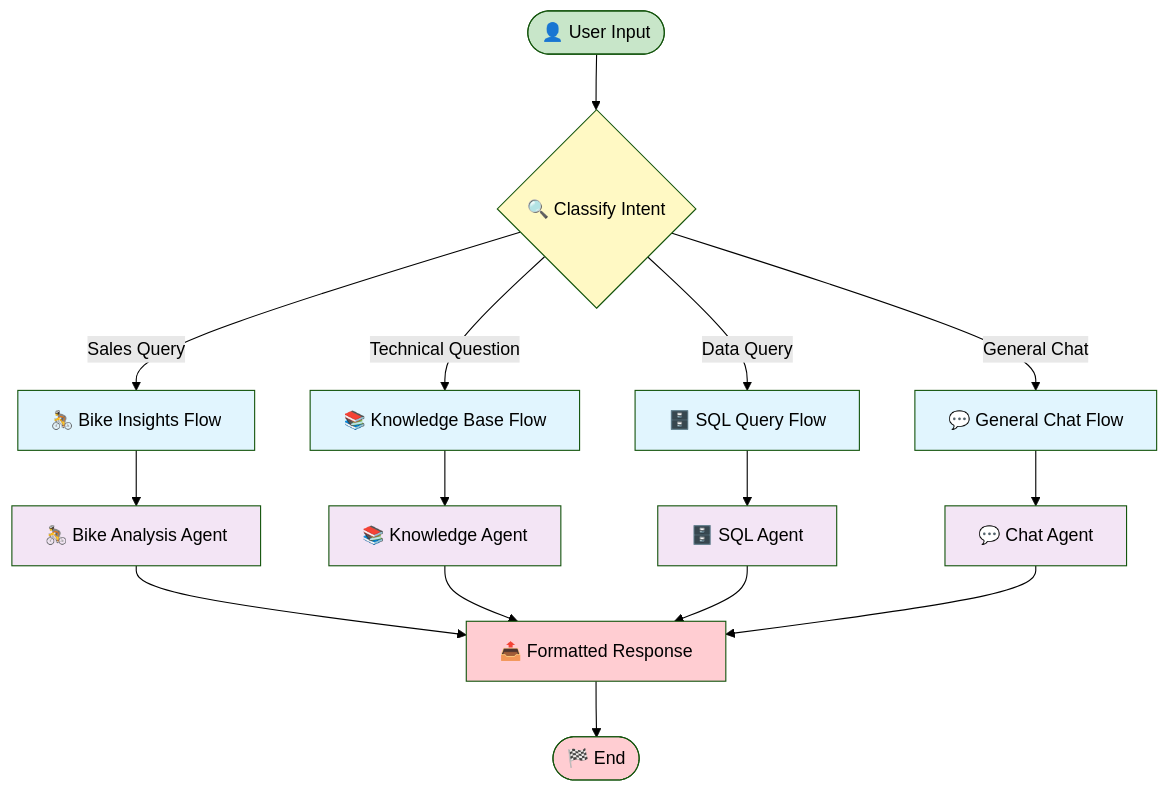
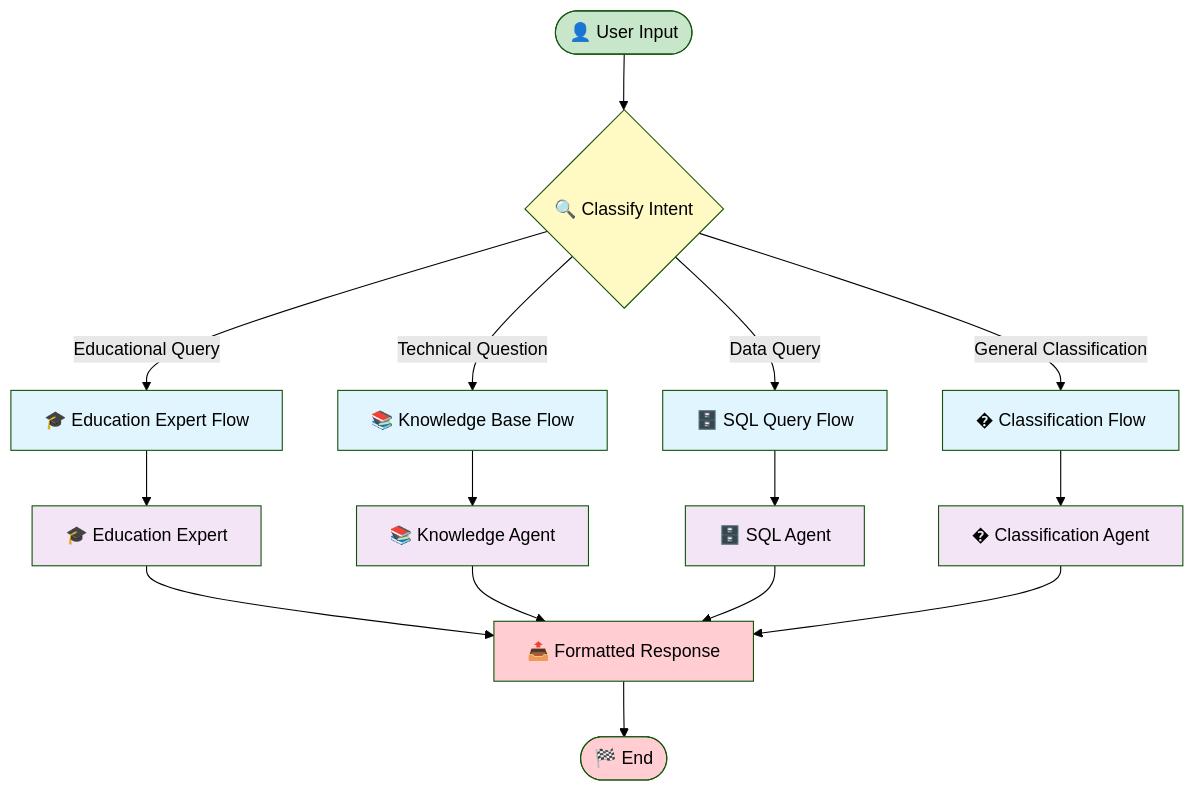
One commit to the-ingenious-dark-knight/Insight_Ingenious changed the third of 10 diagrams in docs/workflows/README.md. Above: the diagram before and after it, drawn with Mermaid (forest theme). The commit also changed other lines of this file and 3 other files, not shown here.

Commit message:
fix: Update API documentation to include new workflows and agents for classification and education

````diff
--- a/docs/workflows/README.md
+++ b/docs/workflows/README.md
@@ -105,33 +95,33 @@
 ```mermaid
 flowchart TD
     START([👤 User Input]) --> CLASSIFY{🔍 Classify Intent}
 
-    CLASSIFY -->|Sales Query| BIKE_FLOW[🚴 Bike Insights Flow]
+    CLASSIFY -->|Educational Query| EDUCATION_FLOW[🎓 Education Expert Flow]
     CLASSIFY -->|Technical Question| KNOWLEDGE_FLOW[📚 Knowledge Base Flow]
     CLASSIFY -->|Data Query| SQL_FLOW[🗄️ SQL Query Flow]
-    CLASSIFY -->|General Chat| CHAT_FLOW[💬 General Chat Flow]
+    CLASSIFY -->|General Classification| CLASSIFICATION_FLOW[� Classification Flow]
 
-    BIKE_FLOW --> BIKE_AGENT[🚴 Bike Analysis Agent]
+    EDUCATION_FLOW --> EDUCATION_AGENT[🎓 Education Expert]
     KNOWLEDGE_FLOW --> KNOWLEDGE_AGENT[📚 Knowledge Agent]
     SQL_FLOW --> SQL_AGENT[🗄️ SQL Agent]
-    CHAT_FLOW --> CHAT_AGENT[💬 Chat Agent]
+    CLASSIFICATION_FLOW --> CLASSIFICATION_AGENT[� Classification Agent]
 
-    BIKE_AGENT --> RESPONSE[📤 Formatted Response]
+    EDUCATION_AGENT --> RESPONSE[📤 Formatted Response]
     KNOWLEDGE_AGENT --> RESPONSE
     SQL_AGENT --> RESPONSE
-    CHAT_AGENT --> RESPONSE
+    CLASSIFICATION_AGENT --> RESPONSE
 
     RESPONSE --> FINISH([🏁 End])
 
     classDef start fill:#c8e6c9
     classDef decision fill:#fff9c4
     classDef workflow fill:#e1f5fe
     classDef agent fill:#f3e5f5
     classDef finish fill:#ffcdd2
 
     class START start
     class CLASSIFY decision
-    class BIKE_FLOW,KNOWLEDGE_FLOW,SQL_FLOW,CHAT_FLOW workflow
-    class BIKE_AGENT,KNOWLEDGE_AGENT,SQL_AGENT,CHAT_AGENT agent
+    class EDUCATION_FLOW,KNOWLEDGE_FLOW,SQL_FLOW,CLASSIFICATION_FLOW workflow
+    class EDUCATION_AGENT,KNOWLEDGE_AGENT,SQL_AGENT,CLASSIFICATION_AGENT agent
     class RESPONSE,FINISH finish
 ```
````
